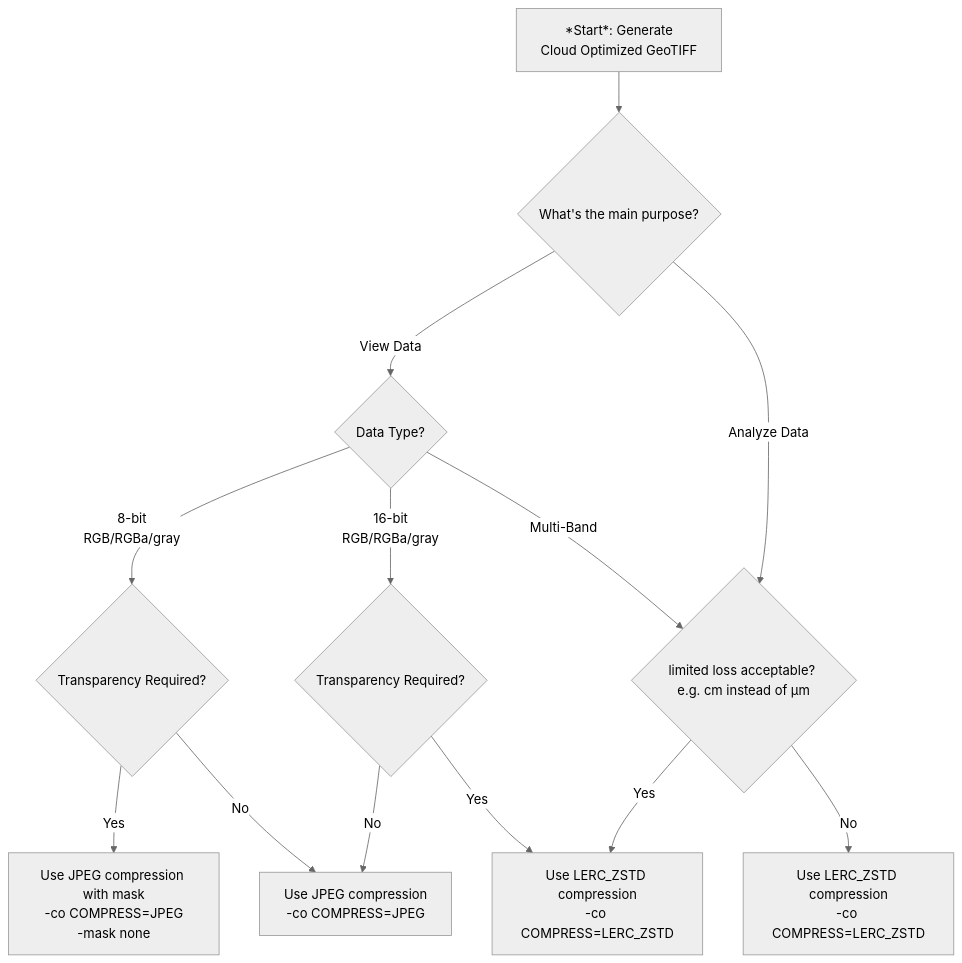
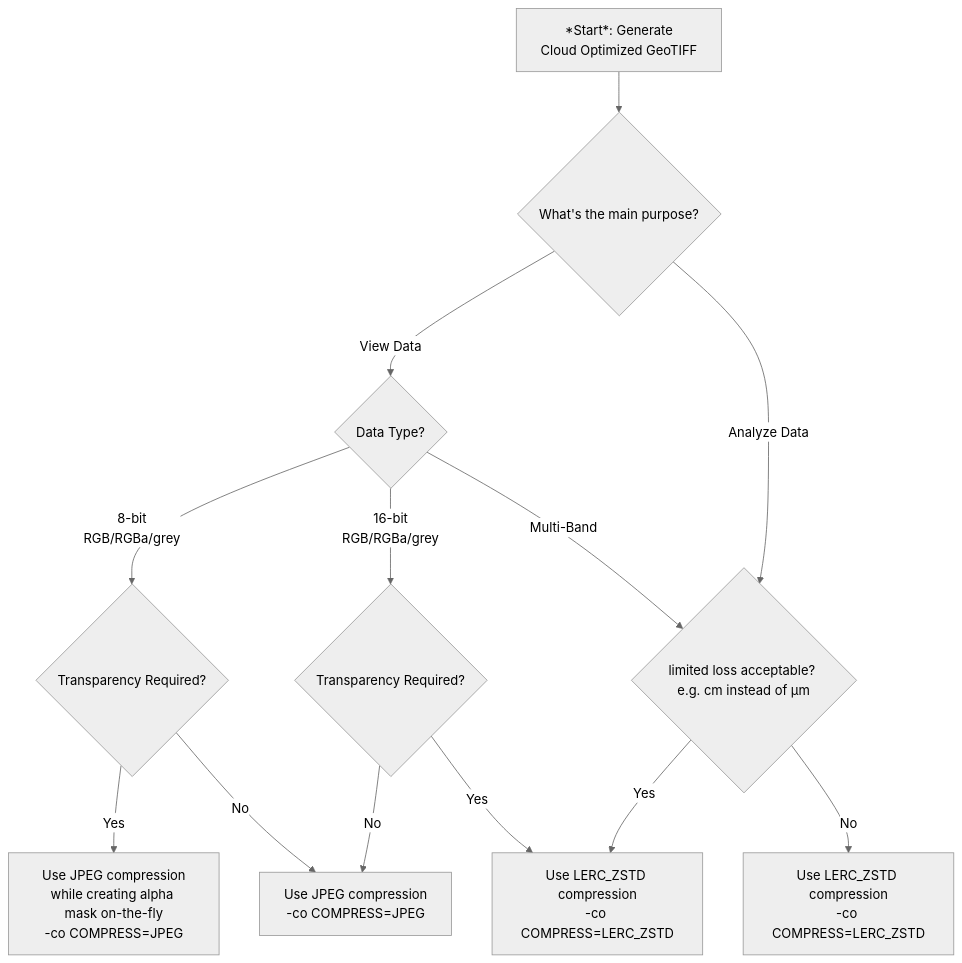
The diagram in README.md (geostandards-ch/cog-best-practices), drawn with Mermaid (neutral theme) before and after one commit. The commit also changed other lines of this file, not shown here.

Commit message:
fix and enhance JPEG transparency instructions

````diff
--- a/README.md
+++ b/README.md
@@ -9,25 +9,25 @@
 ```mermaid
 graph TD
   start[*Start*: Generate<br> Cloud Optimized GeoTIFF] --> purpose{What's the main purpose?}
 
   purpose -->|View Data| view{Data Type?}
   purpose -->|Analyze Data| analyze{limited loss acceptable? e.g. cm instead of µm}
 
-  view -->|8-bit<br>RGB/RGBa/gray| view8{Transparency Required?}
-  view -->|16-bit<br>RGB/RGBa/gray| view16{Transparency Required?}
+  view -->|8-bit<br>RGB/RGBa/grey| view8{Transparency Required?}
+  view -->|16-bit<br>RGB/RGBa/grey| view16{Transparency Required?}
   view -->|Multi-Band| analyze
 
-  view8 -->|Yes| jpeg-mask[Use JPEG compression with mask<br>-co COMPRESS=JPEG<br>-mask none]
+  view8 -->|Yes| jpeg-mask[Use JPEG compression<br>while creating alpha mask on-the-fly<br>-co COMPRESS=JPEG]
   view8 -->|No| jpeg[Use JPEG compression<br>-co COMPRESS=JPEG]
 
   view16 -->|No| jpeg[Use JPEG compression<br>-co COMPRESS=JPEG]
   view16 -->|Yes| lerc_lossy[Use LERC_ZSTD compression<br>-co COMPRESS=LERC_ZSTD]
 
   analyze -->|Yes| lerc_lossy[Use LERC_ZSTD compression<br>-co COMPRESS=LERC_ZSTD]
   analyze -->|No| lerc_lossless[Use LERC_ZSTD compression<br>-co COMPRESS=LERC_ZSTD]
 
   click jpeg "https://github.com/geostandards-ch/cog-best-practices#lossy-visual-image"
   click jpeg-mask "https://github.com/geostandards-ch/cog-best-practices#lossy-visual-image-with-mask"
   click lerc_lossy "https://github.com/geostandards-ch/cog-best-practices#lossy-numerical-raster"
   click lerc_lossless "https://github.com/geostandards-ch/cog-best-practices#lossless-raster"
 ```
````
